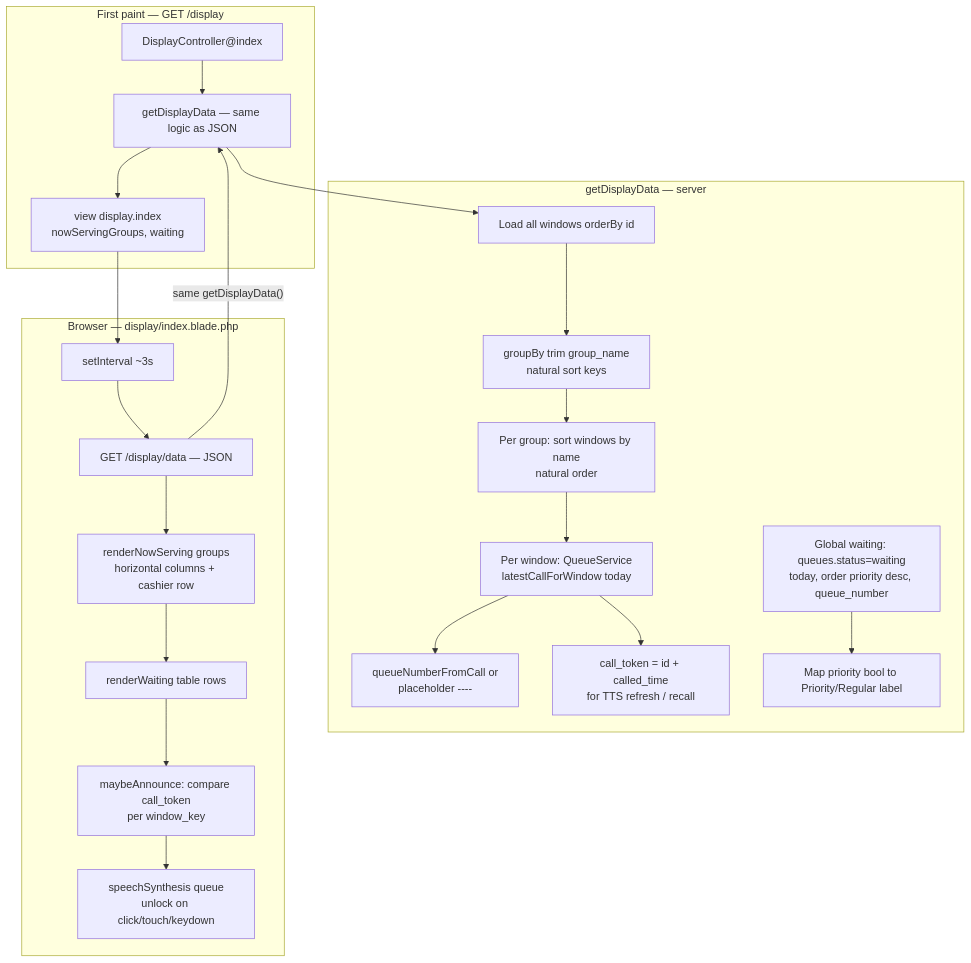
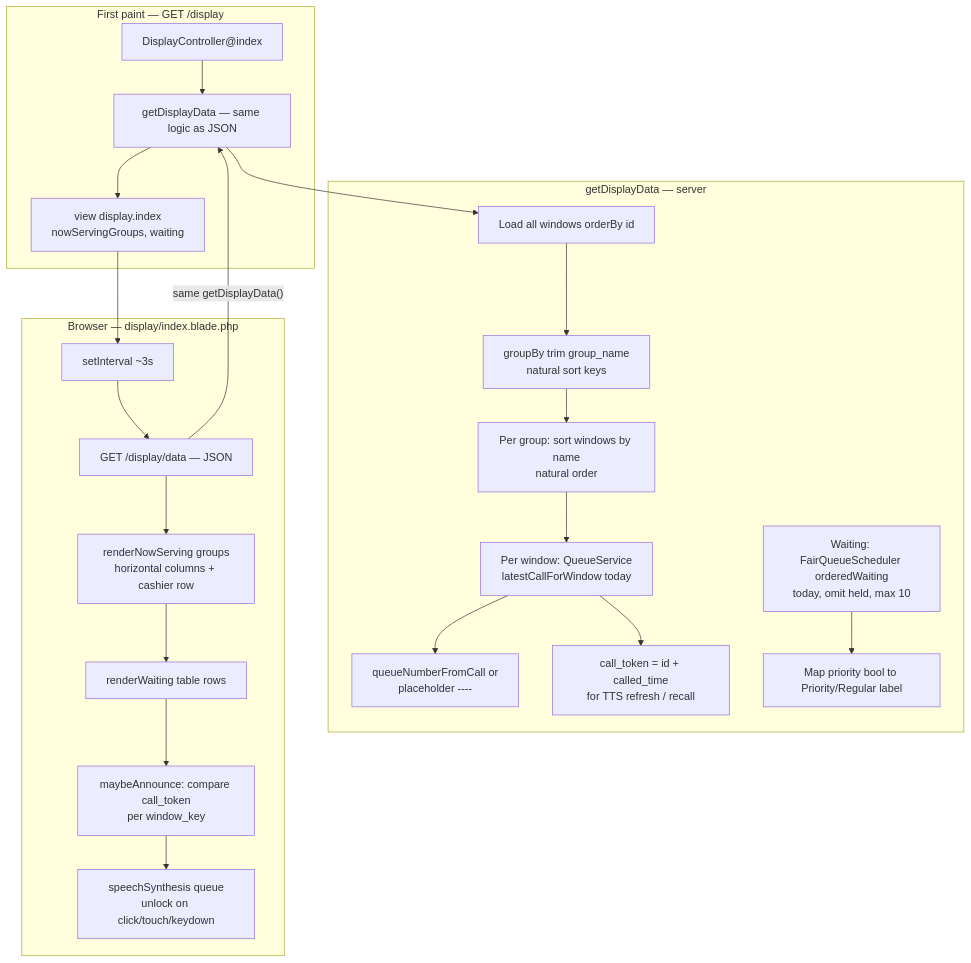
The fourth of 12 diagrams in docs/system-flowchart.md (rhems95/queuing-system), drawn with Mermaid before and after one commit. The commit also changed other lines of this file and 9 other files, not shown here.

First line of the commit message:
Document Student ID, Hold, and admin students in the diagrams.

````diff
--- a/docs/system-flowchart.md
+++ b/docs/system-flowchart.md
@@ -110,35 +112,35 @@
 ```mermaid
 flowchart TD
     subgraph InitialLoad["First paint — GET /display"]
         A1["DisplayController@index"]
         A2["getDisplayData — same logic as JSON"]
         A3["view display.index<br/>nowServingGroups, waiting"]
     end
     A1 --> A2 --> A3
 
     subgraph DataBuild["getDisplayData — server"]
         B1["Load all windows orderBy id"]
         B2["groupBy trim group_name<br/>natural sort keys"]
         B3["Per group: sort windows by name<br/>natural order"]
         B4["Per window: QueueService<br/>latestCallForWindow today"]
         B5["queueNumberFromCall or<br/>placeholder ----"]
         B6["call_token = id + called_time<br/>for TTS refresh / recall"]
-        B7["Global waiting: queues.status=waiting<br/>today, order priority desc, queue_number"]
+        B7["Waiting: FairQueueScheduler orderedWaiting<br/>today, omit held, max 10"]
         B8["Map priority bool to Priority/Regular label"]
     end
     A2 --> B1 --> B2 --> B3 --> B4 --> B5
     B4 --> B6
     B7 --> B8
 
     subgraph PollLoop["Browser — display/index.blade.php"]
         C1["setInterval ~3s"]
         C2["GET /display/data — JSON"]
         C3["renderNowServing groups<br/>horizontal columns + cashier row"]
         C4["renderWaiting table rows"]
         C5["maybeAnnounce: compare call_token<br/>per window_key"]
         C6["speechSynthesis queue<br/>unlock on click/touch/keydown"]
     end
     A3 --> C1
     C1 --> C2 --> C3 --> C4 --> C5 --> C6
     C2 -->|"same getDisplayData()"| A2
 ```
````
